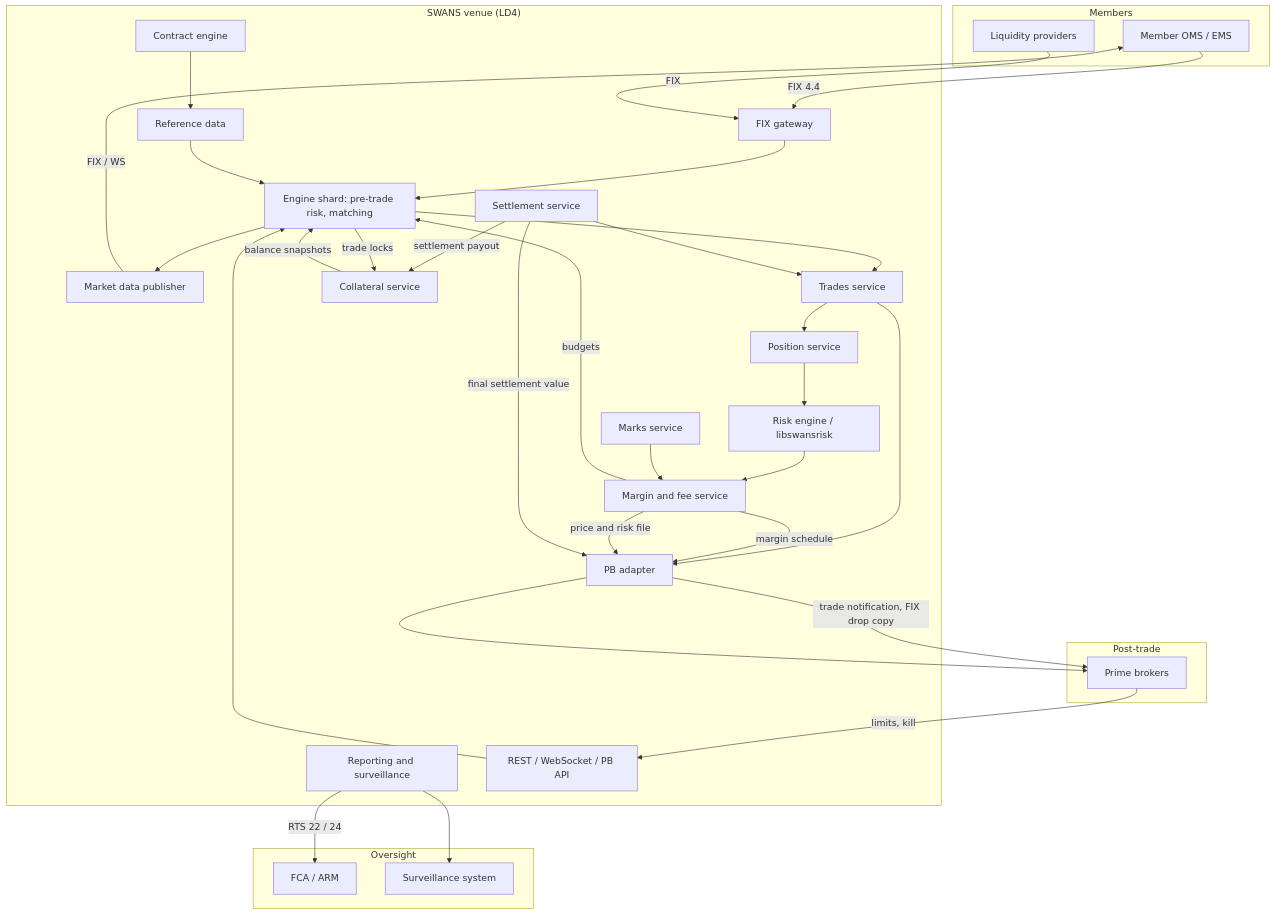
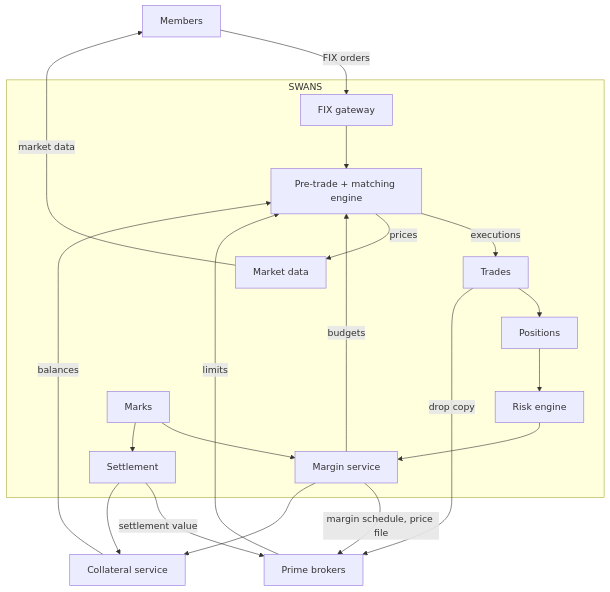
Before and after one commit to LevonDerma1221/swans-docs: the first of 8 diagrams in docs/diagrams.md, drawn with Mermaid. The commit also changed other lines of this file and 31 other files, not shown here.

First line of the commit message:
Trim docs to internal build spec: full-collateral first, delete premature client API specs

````diff
--- a/docs/diagrams.md
+++ b/docs/diagrams.md
@@ -7,49 +7,25 @@
 ```mermaid
 flowchart TB
-  subgraph Members
-    OMS[Member OMS / EMS]
-    LP[Liquidity providers]
+  MEM[Members] -->|FIX orders| GW[FIX gateway]
+
+  subgraph SWANS
+    GW --> ENG[Pre-trade + matching engine]
+    ENG -->|executions| TR[Trades]
+    ENG -->|prices| MD[Market data]
+    TR --> POS[Positions]
+    POS --> RISK[Risk engine]
+    RISK --> MGN[Margin service]
+    MGN -->|budgets| ENG
+    MK[Marks] --> MGN
+    MK --> SET[Settlement]
   end
-  subgraph SWANS["SWANS venue (LD4)"]
-    GW[FIX gateway]
-    ENG["Engine shard: pre-trade risk, matching"]
-    MD[Market data publisher]
-    TR[Trades service]
-    POS[Position service]
-    MK[Marks service]
-    RISK[Risk engine / libswansrisk]
-    MGN[Margin and fee service]
-    SET[Settlement service]
-    CE[Contract engine]
-    REF[Reference data]
-    REP[Reporting and surveillance]
-    API[REST / WebSocket / PB API]
-    PBA[PB adapter]
-    COL[Collateral service]
-  end
-  subgraph Post-trade
-    PB[Prime brokers]
-  end
-  subgraph Oversight
-    FCA[FCA / ARM]
-    SURV[Surveillance system]
-  end
-  OMS -->|FIX 4.4| GW --> ENG --> MD -->|FIX / WS| OMS
-  LP -->|FIX| GW
-  ENG --> TR --> PBA -->|trade notification, FIX drop copy| PB
-  TR --> POS --> RISK --> MGN
-  MK --> MGN
-  MGN -->|budgets| ENG
-  MGN -->|margin schedule| PBA
-  MGN -->|price and risk file| PBA
-  PBA --> PB
-  SET --> TR
-  SET -->|final settlement value| PBA
-  SET -->|settlement payout| COL
-  COL -->|balance snapshots| ENG
-  ENG -->|trade locks| COL
-  CE --> REF --> ENG
-  PB -->|limits, kill| API --> ENG
-  REP -->|RTS 22 / 24| FCA
-  REP --> SURV
+
+  MD -->|market data| MEM
+  MGN -->|margin schedule, price file| PB[Prime brokers]
+  TR -->|drop copy| PB
+  SET -->|settlement value| PB
+  PB -->|limits| ENG
+  COL[Collateral service] -->|balances| ENG
+  SET --> COL
+  MGN --> COL
 ```
````
